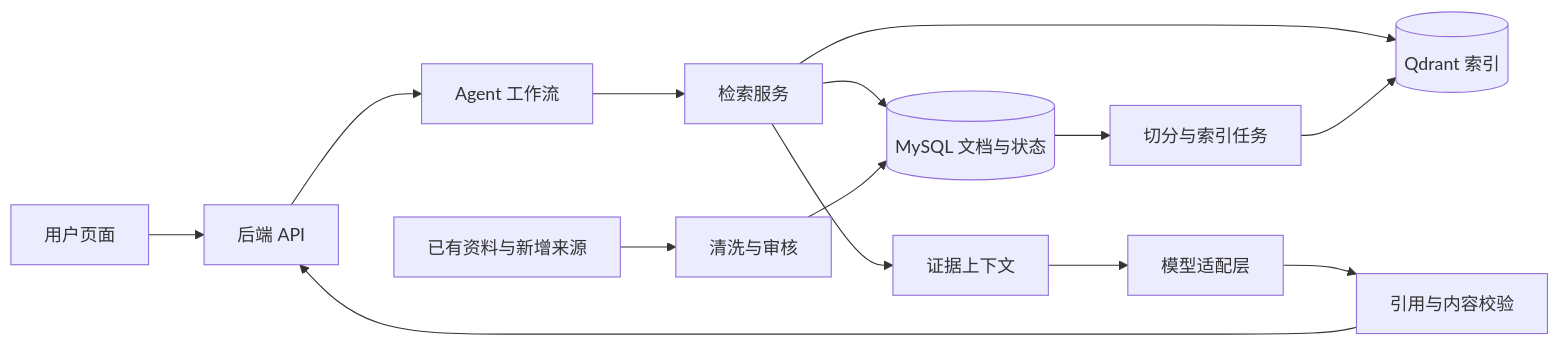
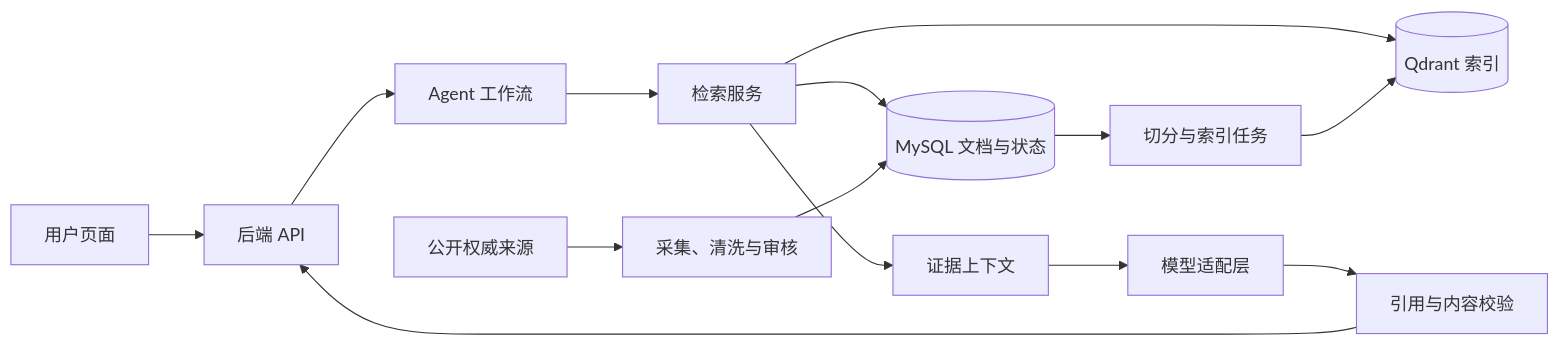
Before and after one commit to wangjiaji12138/imm-Agent: the diagram in README.md, drawn with Mermaid. The commit also changed other lines of this file and 9 other files, not shown here.

````diff
--- a/README.md
+++ b/README.md
@@ -214,16 +214,16 @@
 ```mermaid
 flowchart LR
     U[用户页面] --> API[后端 API]
     API --> A[Agent 工作流]
     A --> R[检索服务]
     R --> V[(Qdrant 索引)]
     R --> DB[(MySQL 文档与状态)]
     R --> E[证据上下文]
     E --> L[模型适配层]
     L --> C[引用与内容校验]
     C --> API
-    S[已有资料与新增来源] --> I[清洗与审核]
+    S[公开权威来源] --> I[采集、清洗与审核]
     I --> DB
     DB --> J[切分与索引任务]
     J --> V
 ```
````
